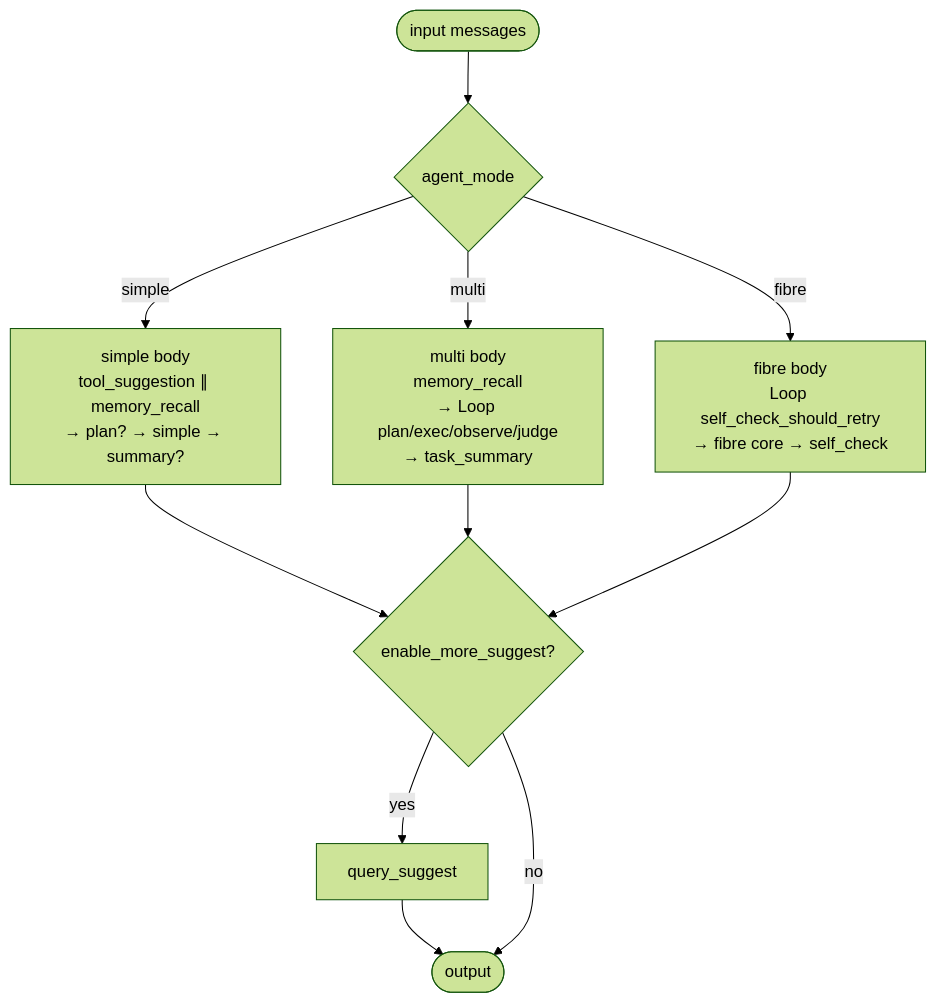
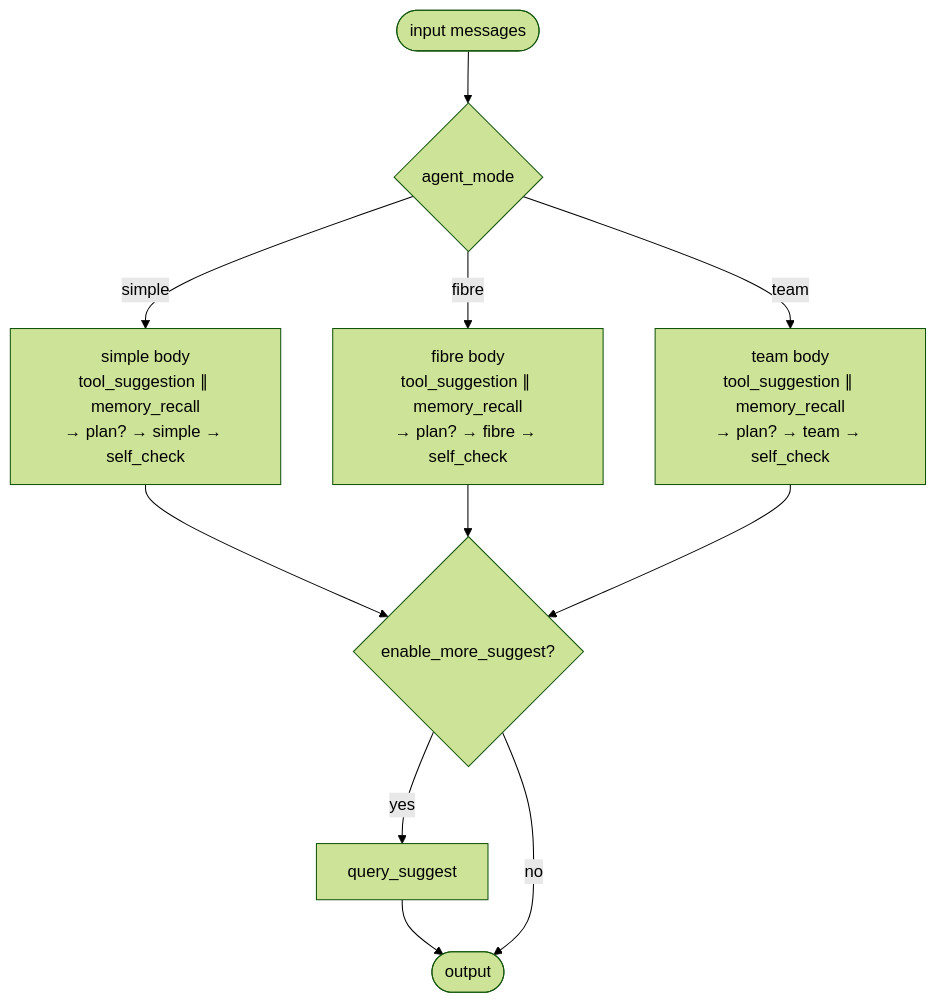
One commit to ZHangZHengEric/Sage changed the fifth of 7 diagrams in docs/en/architecture/ARCHITECTURE_SAGENTS_OVERVIEW.md. Above: the diagram before and after it, drawn with Mermaid (forest theme). The commit also changed other lines of this file and 141 other files, not shown here.

````diff
--- a/docs/en/architecture/ARCHITECTURE_SAGENTS_OVERVIEW.md
+++ b/docs/en/architecture/ARCHITECTURE_SAGENTS_OVERVIEW.md
@@ -153,13 +153,13 @@
 ```mermaid
 flowchart TB
     Start([input messages]) --> Sw{agent_mode}
-    Sw -->|simple| Simple[simple body<br/>tool_suggestion ∥ memory_recall<br/>→ plan? → simple → summary?]
-    Sw -->|multi| Multi[multi body<br/>memory_recall<br/>→ Loop plan/exec/observe/judge<br/>→ task_summary]
-    Sw -->|fibre| Fibre[fibre body<br/>Loop self_check_should_retry<br/>→ fibre core → self_check]
+    Sw -->|simple| Simple[simple body<br/>tool_suggestion ∥ memory_recall<br/>→ plan? → simple → self_check]
+    Sw -->|fibre| Fibre[fibre body<br/>tool_suggestion ∥ memory_recall<br/>→ plan? → fibre → self_check]
+    Sw -->|team| Team[team body<br/>tool_suggestion ∥ memory_recall<br/>→ plan? → team → self_check]
     Simple --> More
-    Multi --> More
     Fibre --> More
+    Team --> More
     More{enable_more_suggest?}
     More -->|yes| Sug[query_suggest] --> End([output])
     More -->|no| End
 ```
````
